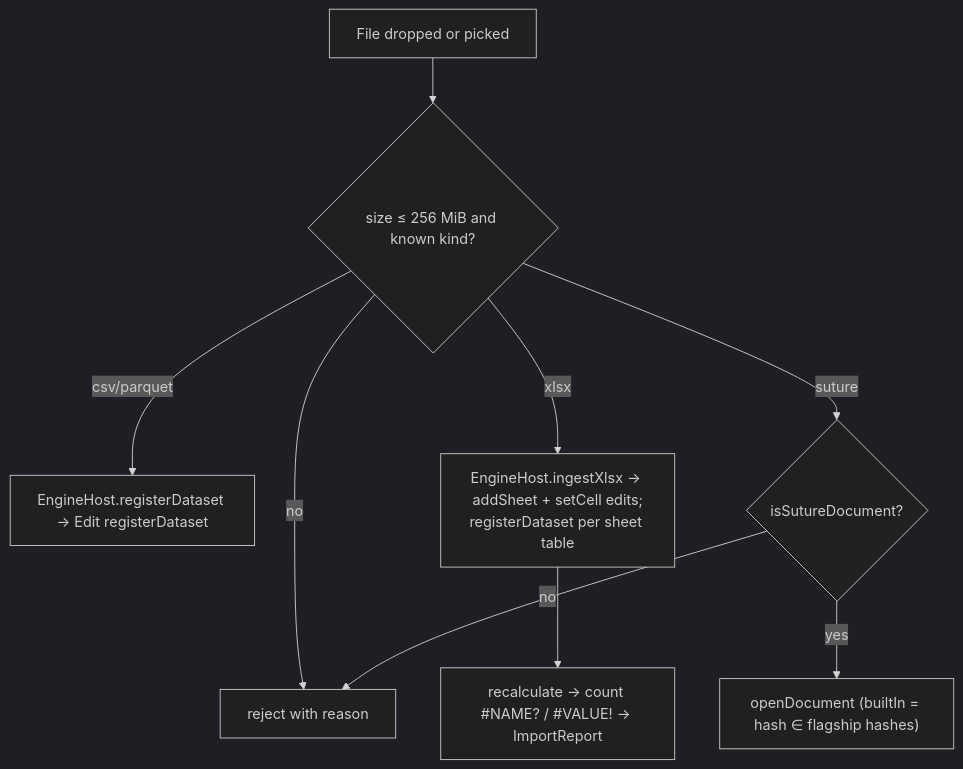
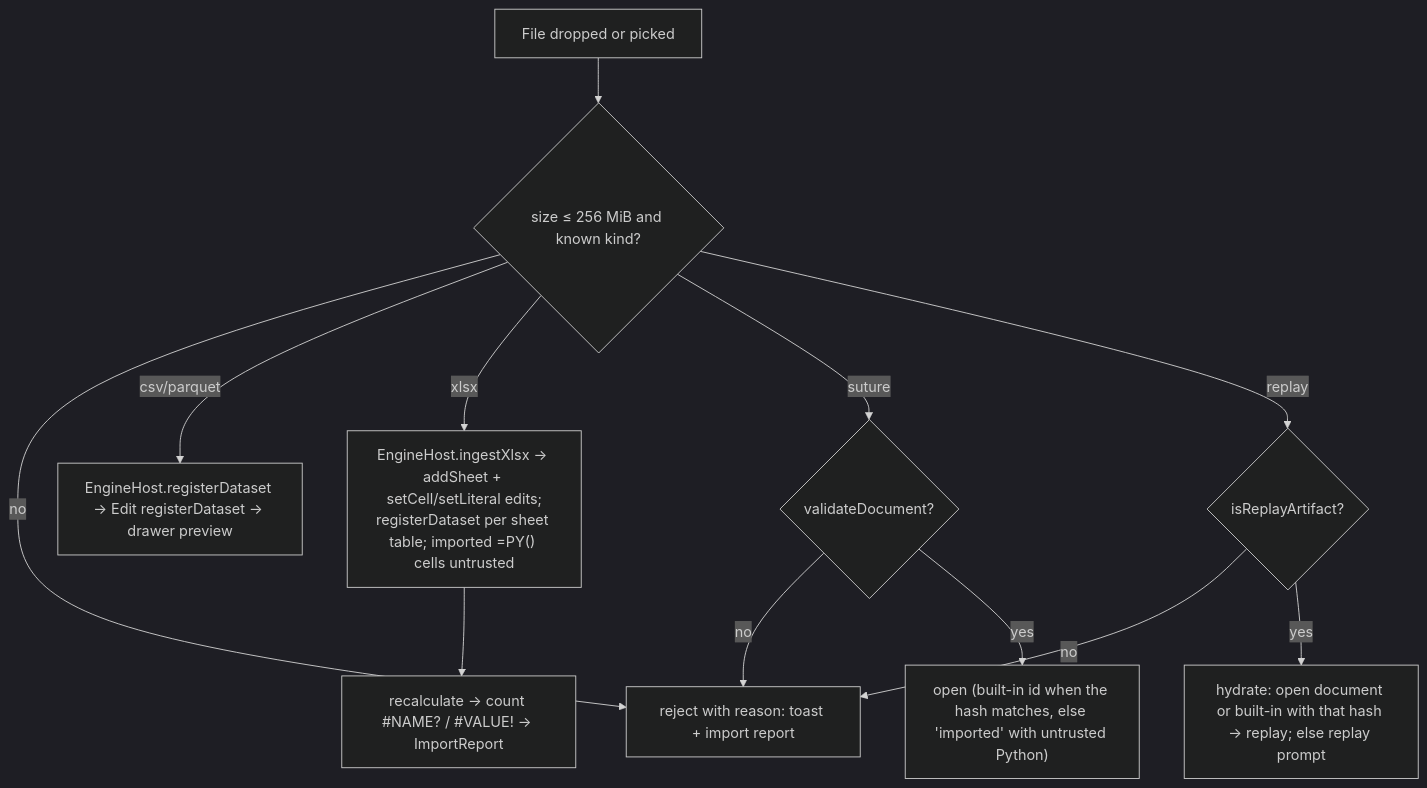
Before and after one commit to g4stein/SUTURE: the third of 4 diagrams in .kiro/specs/04-xray-ui-and-workbooks/design.md, drawn with Mermaid (dark theme). The commit also changed other lines of this file and 6 other files, not shown here.

````diff
--- a/.kiro/specs/04-xray-ui-and-workbooks/design.md
+++ b/.kiro/specs/04-xray-ui-and-workbooks/design.md
@@ -237,11 +222,14 @@
 ```mermaid
 flowchart TD
   F[File dropped or picked] --> S{size ≤ 256 MiB and known kind?}
-  S -- no --> R[reject with reason]
-  S -- csv/parquet --> D["EngineHost.registerDataset → Edit registerDataset"]
-  S -- xlsx --> X["EngineHost.ingestXlsx → addSheet + setCell edits;<br/>registerDataset per sheet table"]
-  S -- suture --> V{isSutureDocument?}
+  S -- no --> R[reject with reason: toast + import report]
+  S -- csv/parquet --> D["EngineHost.registerDataset → Edit registerDataset → drawer preview"]
+  S -- xlsx --> X["EngineHost.ingestXlsx → addSheet + setCell/setLiteral edits;<br/>registerDataset per sheet table; imported =PY() cells untrusted"]
+  S -- suture --> V{validateDocument?}
   V -- no --> R
-  V -- yes --> O["openDocument (builtIn = hash ∈ flagship hashes)"]
+  V -- yes --> O["open (built-in id when the hash matches, else 'imported' with untrusted Python)"]
+  S -- replay --> A{isReplayArtifact?}
+  A -- no --> R
+  A -- yes --> H["hydrate: open document or built-in with that hash → replay; else replay prompt"]
   X --> REP["recalculate → count #NAME? / #VALUE! → ImportReport"]
 ```
````
